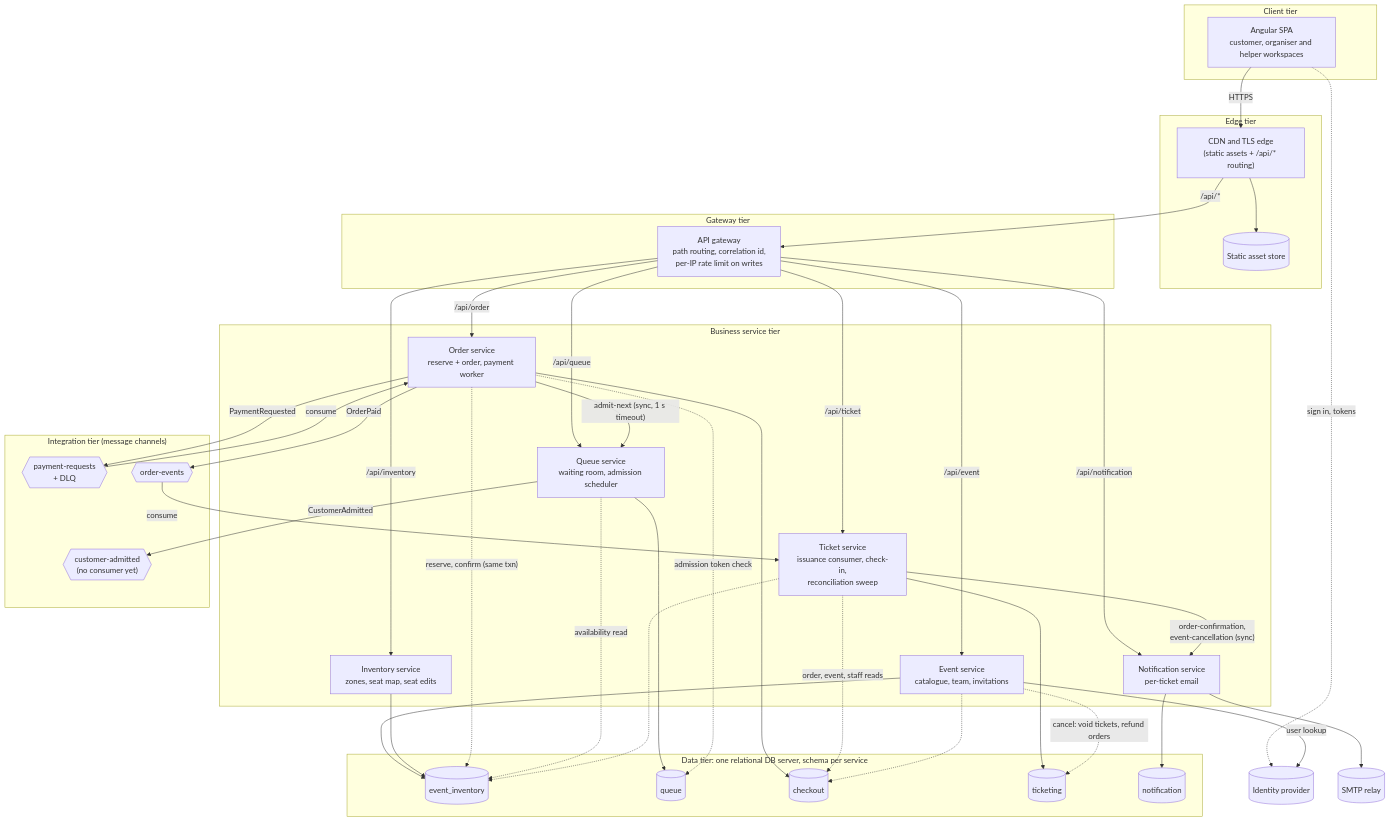
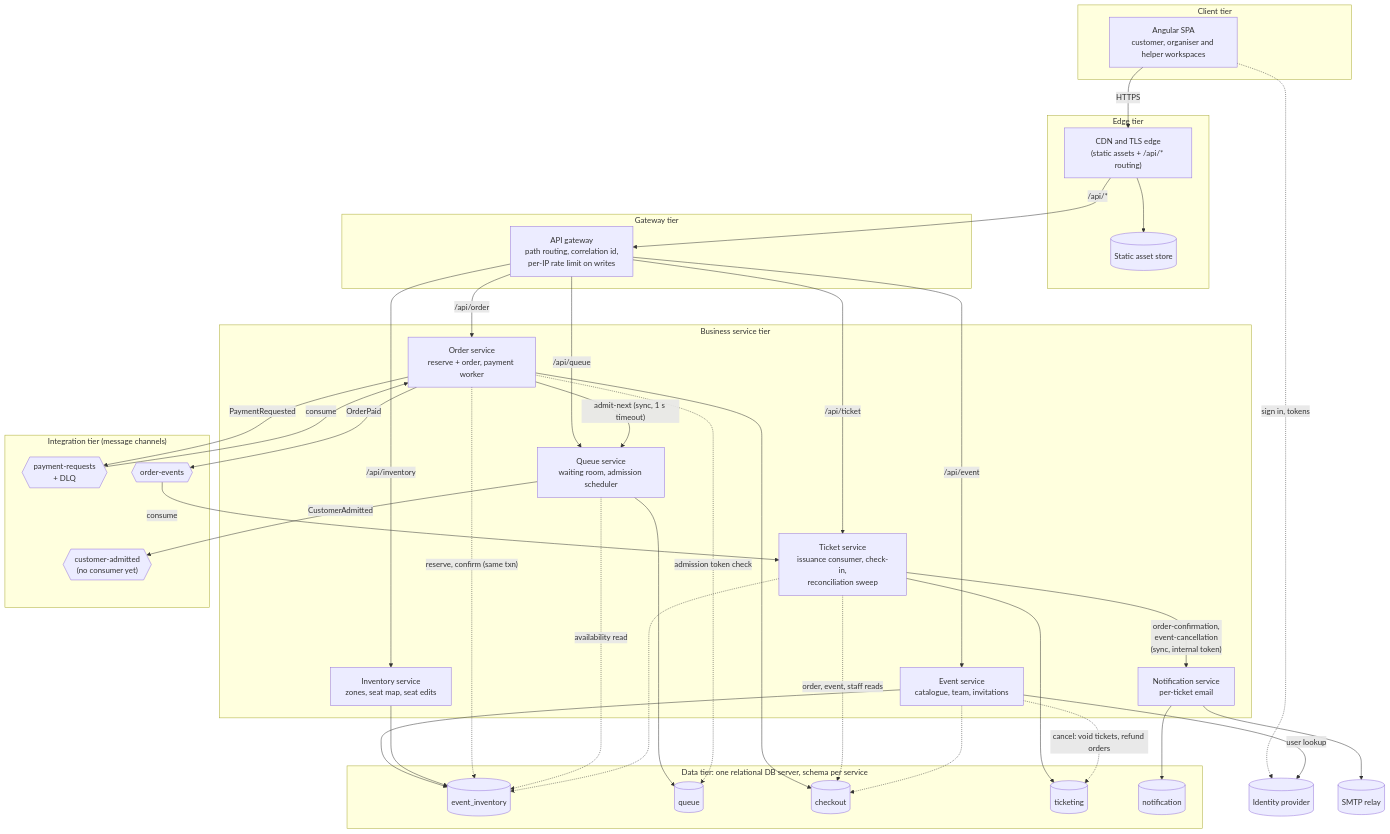
Before and after one commit to nus-mtech-grp1-sem2/docs: the diagram in diagrams/src/02-logical-deployment.mmd, drawn with Mermaid. The commit also changed 37 other files, not shown here.

```diff
--- a/diagrams/src/02-logical-deployment.mmd
+++ b/diagrams/src/02-logical-deployment.mmd
@@ -1,77 +1,76 @@
 %% Figure: Logical detail deployment diagram (as built).
 flowchart TB
     subgraph Client["Client tier"]
         SPA["Angular SPA<br/>customer, organiser and helper workspaces"]
     end
 
     subgraph Edge["Edge tier"]
         CDN["CDN and TLS edge<br/>(static assets + /api/* routing)"]
         Static[("Static asset store")]
     end
 
     subgraph Gateway["Gateway tier"]
         GW["API gateway<br/>path routing, correlation id,<br/>per-IP rate limit on writes"]
     end
 
     subgraph Services["Business service tier"]
         EV["Event service<br/>catalogue, team, invitations"]
         INV["Inventory service<br/>zones, seat map, seat edits"]
         Q["Queue service<br/>waiting room, admission scheduler"]
         ORD["Order service<br/>reserve + order, payment worker"]
         TKT["Ticket service<br/>issuance consumer, check-in,<br/>reconciliation sweep"]
         NTF["Notification service<br/>per-ticket email"]
     end
 
     subgraph Integration["Integration tier (message channels)"]
         PR{{"payment-requests<br/>+ DLQ"}}
         OE{{"order-events"}}
         CA{{"customer-admitted<br/>(no consumer yet)"}}
     end
 
     subgraph Data["Data tier: one relational DB server, schema per service"]
         S_EI[("event_inventory")]
         S_Q[("queue")]
         S_CO[("checkout")]
         S_T[("ticketing")]
         S_N[("notification")]
     end
 
     IdP[("Identity provider")]
     Mail[("SMTP relay")]
 
     SPA -->|HTTPS| CDN
     CDN --> Static
     CDN -->|"/api/*"| GW
     SPA -.->|"sign in, tokens"| IdP
 
     GW -->|/api/event| EV
     GW -->|/api/inventory| INV
     GW -->|/api/queue| Q
     GW -->|/api/order| ORD
     GW -->|/api/ticket| TKT
-    GW -->|/api/notification| NTF
 
     EV --> S_EI
     INV --> S_EI
     Q --> S_Q
     ORD --> S_CO
     TKT --> S_T
     NTF --> S_N
 
     ORD -. "reserve, confirm (same txn)" .-> S_EI
     ORD -. "admission token check" .-> S_Q
     Q -. "availability read" .-> S_EI
     TKT -. "order, event, staff reads" .-> S_CO
     TKT -.-> S_EI
     EV -. "cancel: void tickets, refund orders" .-> S_T
     EV -.-> S_CO
 
     ORD -->|PaymentRequested| PR
     PR -->|consume| ORD
     ORD -->|OrderPaid| OE
     OE -->|consume| TKT
     Q -->|CustomerAdmitted| CA
     ORD -->|"admit-next (sync, 1 s timeout)"| Q
-    TKT -->|"order-confirmation,<br/>event-cancellation (sync)"| NTF
+    TKT -->|"order-confirmation,<br/>event-cancellation<br/>(sync, internal token)"| NTF
     NTF --> Mail
     EV -->|"user lookup"| IdP
```
